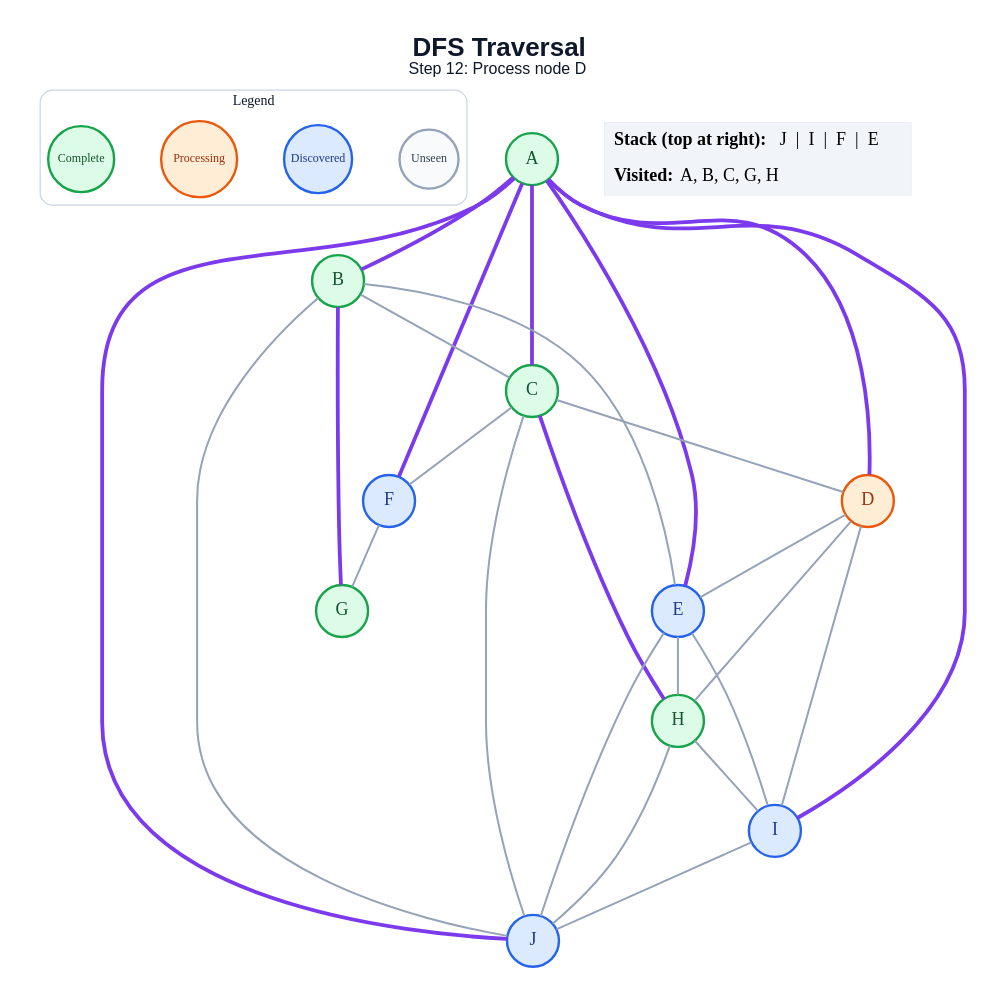
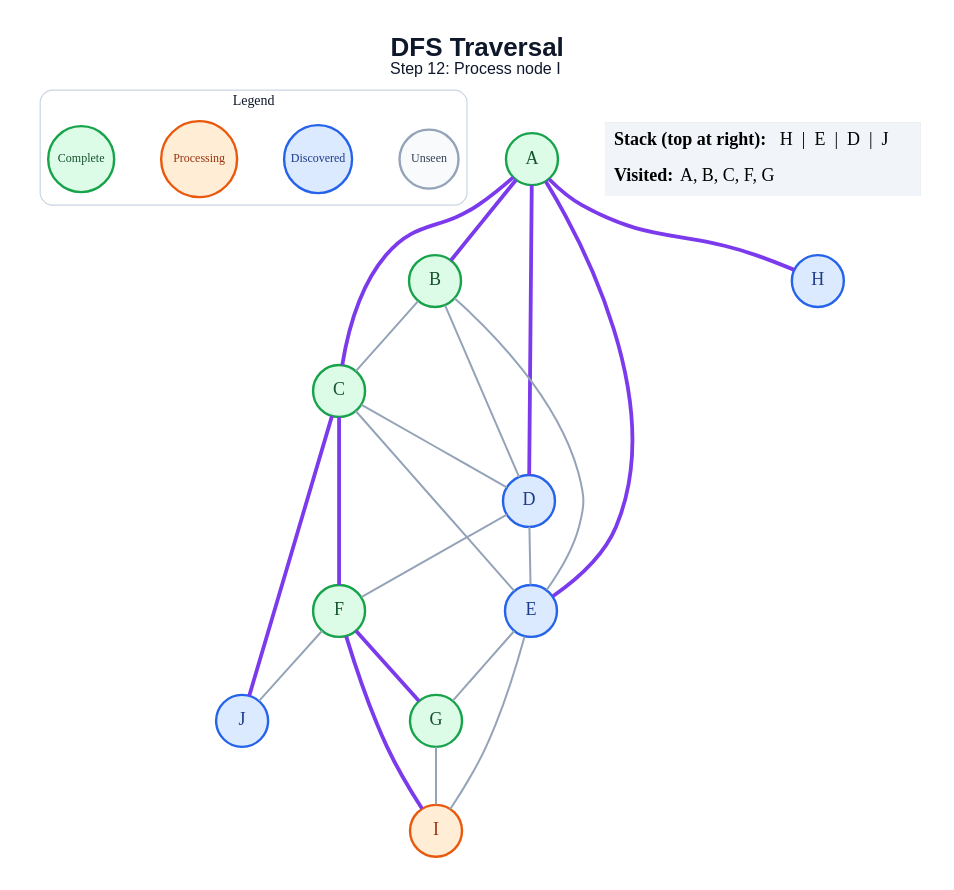
Before and after one commit to amanghodawala9/ai-slop: the diagram in generated/dfs/step_12.dot, drawn with Graphviz. The commit also changed 178 other files, not shown here.

```diff
--- a/generated/dfs/step_12.dot
+++ b/generated/dfs/step_12.dot
@@ -1,54 +1,49 @@
 graph traversal {
   graph [layout=dot, rankdir=TB, bgcolor="#FFFFFF", pad="0.35", nodesep="0.65", ranksep="0.8", fontname="Arial"];
   node [shape=circle, style="filled", fontname="Arial Bold", fontsize=18, width=0.72, fixedsize=true, penwidth=2.4];
   edge [color="#94A3B8", penwidth=2.0];
-  label=<<B>DFS Traversal</B><BR/><FONT POINT-SIZE="16">Step 12: Process node D</FONT>>; labelloc="t"; fontsize=26; fontname="Arial"; fontcolor="#0F172A";
+  label=<<B>DFS Traversal</B><BR/><FONT POINT-SIZE="16">Step 12: Process node I</FONT>>; labelloc="t"; fontsize=26; fontname="Arial"; fontcolor="#0F172A";
   subgraph cluster_legend { label="Legend"; color="#CBD5E1"; penwidth=1.2; style="rounded"; fontsize=14; fontname="Arial Bold";
     key_unseen [label="Unseen", fillcolor="#F8FAFC", color="#94A3B8", fontcolor="#334155", fontsize=12, width=0.82];
     key_frontier [label="Discovered", fillcolor="#DBEAFE", color="#2563EB", fontcolor="#1E3A8A", fontsize=12, width=0.95];
     key_current [label="Processing", fillcolor="#FFEDD5", color="#EA580C", fontcolor="#9A3412", fontsize=12, width=1.05];
     key_done [label="Complete", fillcolor="#DCFCE7", color="#16A34A", fontcolor="#14532D", fontsize=12, width=0.92];
     { rank=same; key_unseen; key_frontier; key_current; key_done; }
   }
   A [fillcolor="#DCFCE7", color="#16A34A", fontcolor="#14532D"];
   B [fillcolor="#DCFCE7", color="#16A34A", fontcolor="#14532D"];
   C [fillcolor="#DCFCE7", color="#16A34A", fontcolor="#14532D"];
-  D [fillcolor="#FFEDD5", color="#EA580C", fontcolor="#9A3412"];
+  D [fillcolor="#DBEAFE", color="#2563EB", fontcolor="#1E3A8A"];
   E [fillcolor="#DBEAFE", color="#2563EB", fontcolor="#1E3A8A"];
-  F [fillcolor="#DBEAFE", color="#2563EB", fontcolor="#1E3A8A"];
+  F [fillcolor="#DCFCE7", color="#16A34A", fontcolor="#14532D"];
   G [fillcolor="#DCFCE7", color="#16A34A", fontcolor="#14532D"];
-  H [fillcolor="#DCFCE7", color="#16A34A", fontcolor="#14532D"];
-  I [fillcolor="#DBEAFE", color="#2563EB", fontcolor="#1E3A8A"];
+  H [fillcolor="#DBEAFE", color="#2563EB", fontcolor="#1E3A8A"];
+  I [fillcolor="#FFEDD5", color="#EA580C", fontcolor="#9A3412"];
   J [fillcolor="#DBEAFE", color="#2563EB", fontcolor="#1E3A8A"];
   A -- B [color="#7C3AED", penwidth=3.8];
   A -- C [color="#7C3AED", penwidth=3.8];
   A -- D [color="#7C3AED", penwidth=3.8];
   A -- E [color="#7C3AED", penwidth=3.8];
-  A -- F [color="#7C3AED", penwidth=3.8];
-  A -- I [color="#7C3AED", penwidth=3.8];
-  A -- J [color="#7C3AED", penwidth=3.8];
+  A -- H [color="#7C3AED", penwidth=3.8];
   B -- C;
+  B -- D;
   B -- E;
-  B -- G [color="#7C3AED", penwidth=3.8];
-  B -- J;
   C -- D;
-  C -- F;
-  C -- H [color="#7C3AED", penwidth=3.8];
-  C -- J;
+  C -- E;
+  C -- F [color="#7C3AED", penwidth=3.8];
+  C -- J [color="#7C3AED", penwidth=3.8];
   D -- E;
-  D -- H;
-  D -- I;
-  E -- H;
+  D -- F;
+  E -- G;
   E -- I;
-  E -- J;
-  F -- G;
-  H -- I;
-  H -- J;
-  I -- J;
+  F -- G [color="#7C3AED", penwidth=3.8];
+  F -- I [color="#7C3AED", penwidth=3.8];
+  F -- J;
+  G -- I;
   status [shape=plain, fixedsize=false, width=0, height=0, margin=0, label=<
     <TABLE BORDER="0" CELLBORDER="0" CELLPADDING="7" BGCOLOR="#F1F5F9">
-      <TR><TD ALIGN="LEFT"><B>Stack (top at right):</B> J  |  I  |  F  |  E</TD></TR>
-      <TR><TD ALIGN="LEFT"><B>Visited:</B> A, B, C, G, H</TD></TR>
+      <TR><TD ALIGN="LEFT"><B>Stack (top at right):</B> H  |  E  |  D  |  J</TD></TR>
+      <TR><TD ALIGN="LEFT"><B>Visited:</B> A, B, C, F, G</TD></TR>
     </TABLE>
   >];
 }
```
